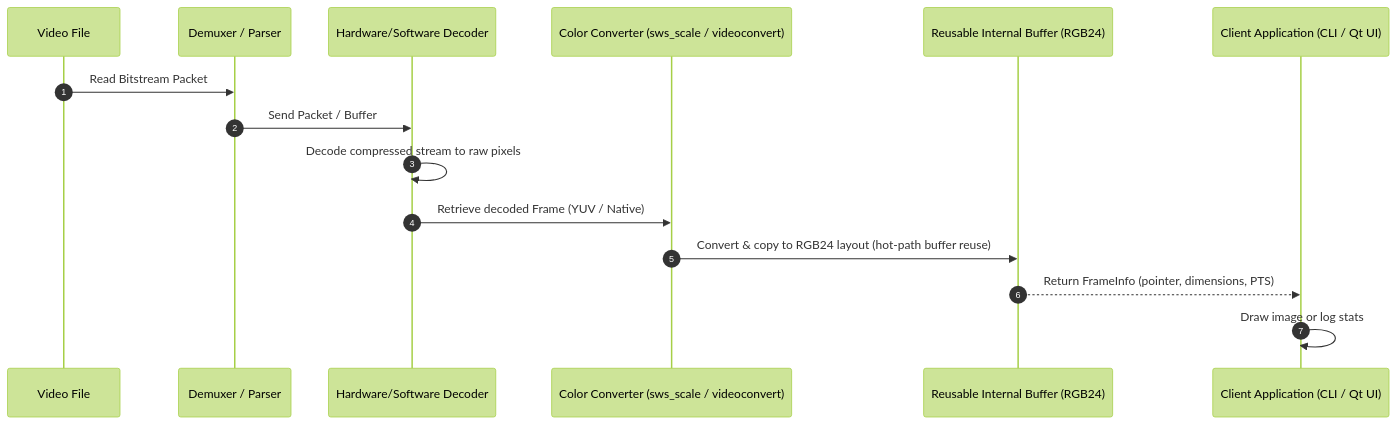
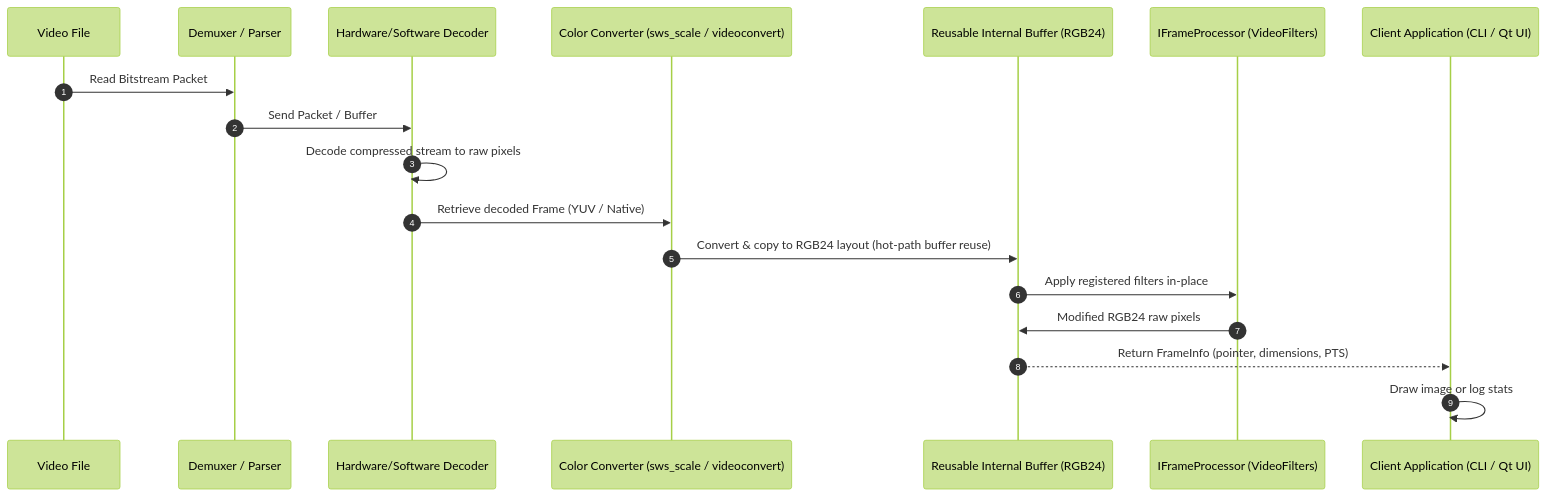
One commit to svagionitis/VideoDecoder changed the fourth of 4 diagrams in docs/architecture.md. Above: the diagram before and after it, drawn with Mermaid (forest theme). The commit also changed other lines of this file and 1 other file, not shown here.

First line of the commit message:
docs: document post-processing video filters in README and architecture

````diff
--- a/docs/architecture.md
+++ b/docs/architecture.md
@@ -210,18 +232,21 @@
 ```mermaid
 sequenceDiagram
     autonumber
     participant File as Video File
     participant Demux as Demuxer / Parser
     participant Decoder as Hardware/Software Decoder
     participant Convert as Color Converter (sws_scale / videoconvert)
     participant Buffer as Reusable Internal Buffer (RGB24)
+    participant Filter as IFrameProcessor (VideoFilters)
     participant Client as Client Application (CLI / Qt UI)
 
     File->>Demux: Read Bitstream Packet
     Demux->>Decoder: Send Packet / Buffer
     Decoder->>Decoder: Decode compressed stream to raw pixels
     Decoder->>Convert: Retrieve decoded Frame (YUV / Native)
     Convert->>Buffer: Convert & copy to RGB24 layout (hot-path buffer reuse)
+    Buffer->>Filter: Apply registered filters in-place
+    Filter->>Buffer: Modified RGB24 raw pixels
     Buffer-->>Client: Return FrameInfo (pointer, dimensions, PTS)
     Client->>Client: Draw image or log stats
 ```
````
